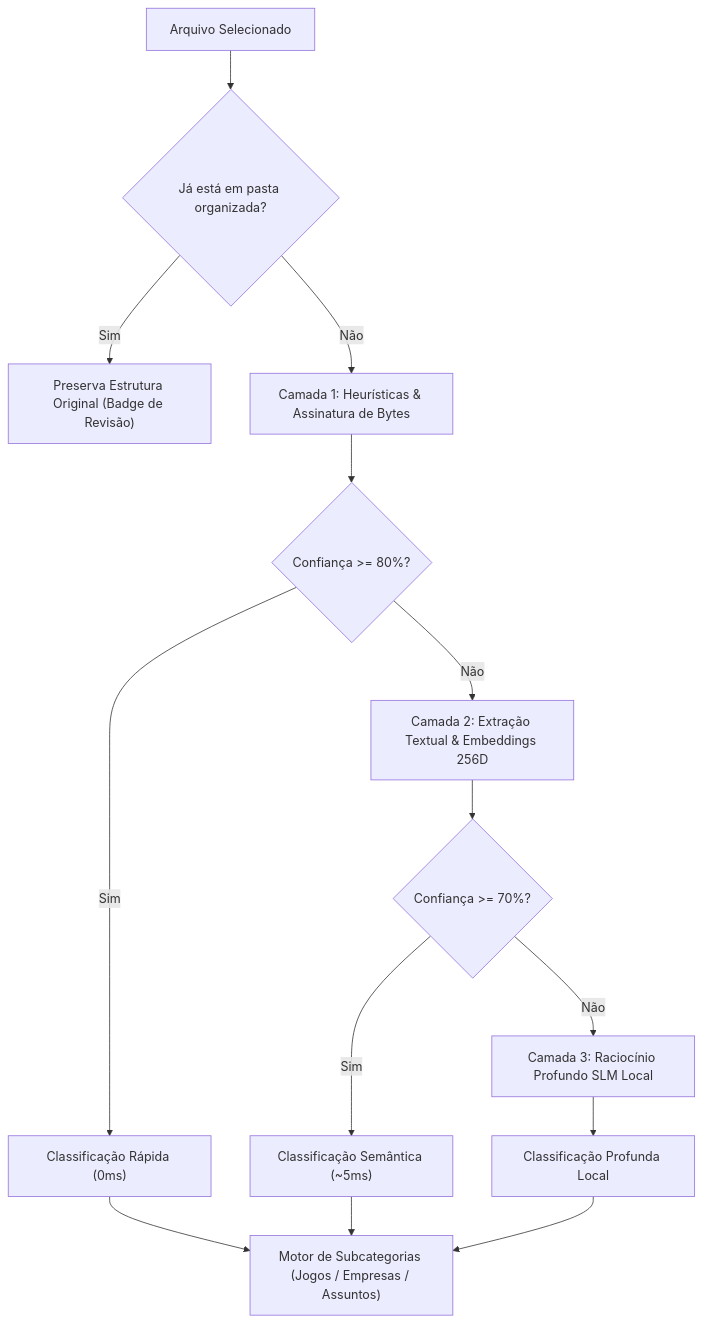
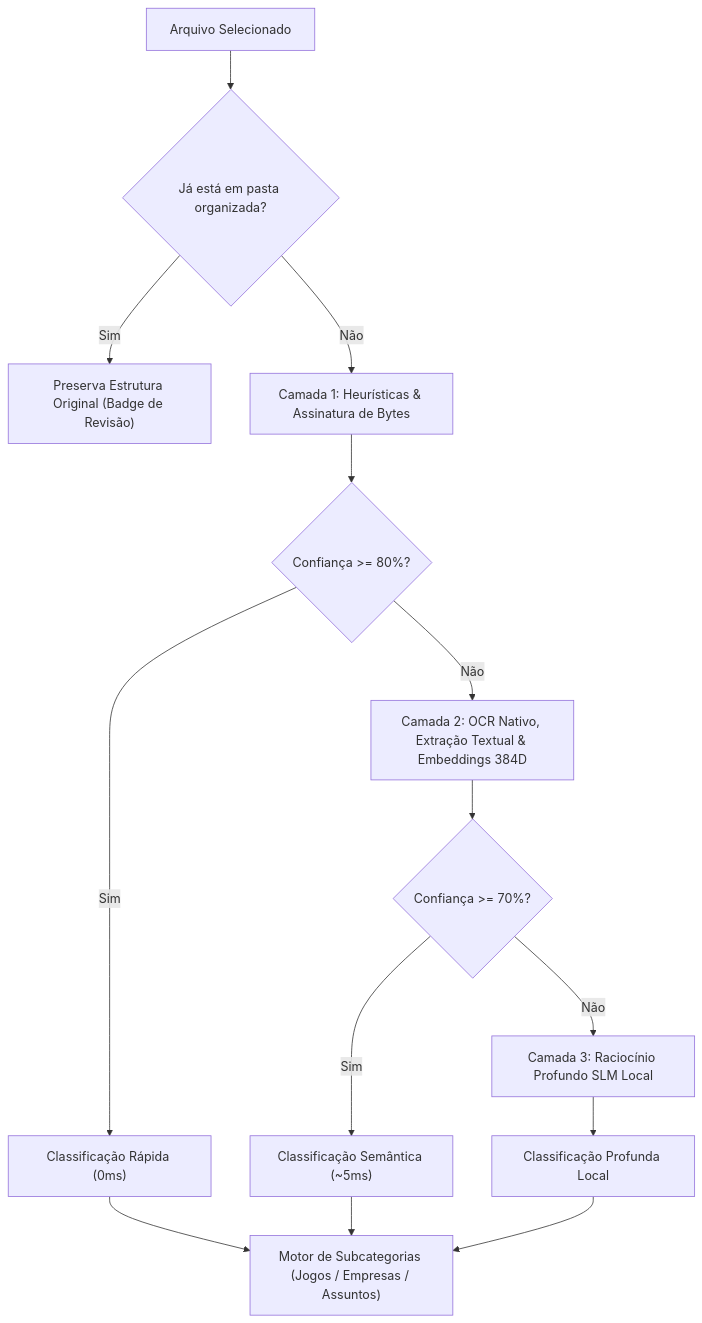
One commit to pongitV/Indexo changed the first of 2 diagrams in README.md. Above: the diagram before and after it, drawn with Mermaid. The commit also changed other lines of this file and 10 other files, not shown here.

Commit message:
feat(engine): adiciona OCR nativo do Windows e embeddings neurais densos de 384D

````diff
--- a/README.md
+++ b/README.md
@@ -78,16 +80,16 @@
 ```mermaid
 flowchart TD
     A["Arquivo Selecionado"] --> P{"Já está em pasta organizada?"}
     P -->|"Sim"| PRESERV["Preserva Estrutura Original (Badge de Revisão)"]
     P -->|"Não"| B["Camada 1: Heurísticas & Assinatura de Bytes"]
     B --> Z{"Confiança >= 80%?"}
     Z -->|"Sim"| R1["Classificação Rápida (0ms)"]
-    Z -->|"Não"| C["Camada 2: Extração Textual & Embeddings 256D"]
+    Z -->|"Não"| C["Camada 2: OCR Nativo, Extração Textual & Embeddings 384D"]
     C --> Y{"Confiança >= 70%?"}
     Y -->|"Sim"| R2["Classificação Semântica (~5ms)"]
     Y -->|"Não"| D["Camada 3: Raciocínio Profundo SLM Local"]
     D --> R3["Classificação Profunda Local"]
     R1 --> SUB["Motor de Subcategorias (Jogos / Empresas / Assuntos)"]
     R2 --> SUB
     R3 --> SUB
 ```
````
